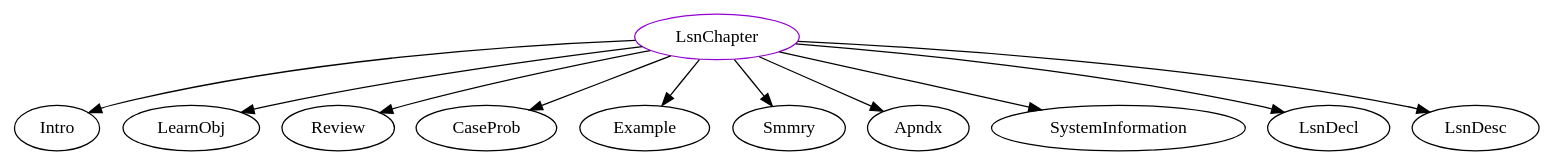
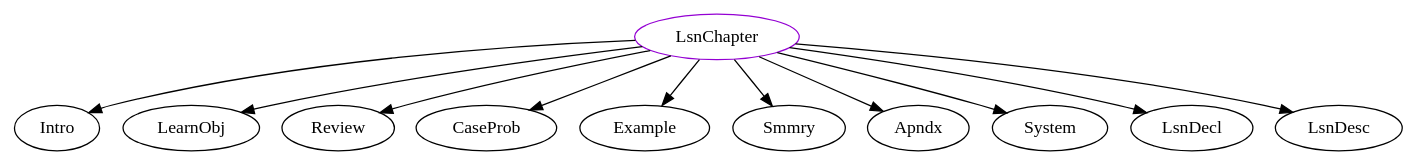
Before and after one commit to JacquesCarette/Drasil: the diagram in analysis/TypeDependencyGraphs/docLang/LsnChapter.dot, drawn with Graphviz. The commit also changed 337 other files, not shown here.

```diff
--- a/analysis/TypeDependencyGraphs/docLang/LsnChapter.dot
+++ b/analysis/TypeDependencyGraphs/docLang/LsnChapter.dot
@@ -1,13 +1,13 @@
 digraph lsnchapter{
 LsnChapter	[shape=oval, color=darkviolet, label="LsnChapter"];
 LsnChapter -> Intro;
 LsnChapter -> LearnObj;
 LsnChapter -> Review;
 LsnChapter -> CaseProb;
 LsnChapter -> Example;
 LsnChapter -> Smmry;
 LsnChapter -> Apndx;
-LsnChapter -> SystemInformation;
+LsnChapter -> System;
 LsnChapter -> LsnDecl;
 LsnChapter -> LsnDesc;
 }
```
